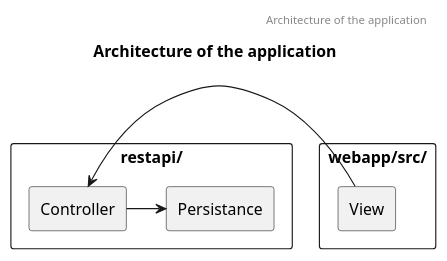
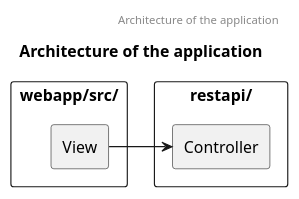
One commit to Arquisoft/lomap_en2b changed the diagram in docs/05_building_block_view.adoc. Above: the diagram before and after it, drawn with PlantUML. The commit also changed other lines of this file and 2 other files, not shown here.

```diff
--- a/docs/05_building_block_view.adoc
+++ b/docs/05_building_block_view.adoc
@@ -12,20 +12,18 @@
 [plantuml,"BuildingBlockView", png]
 ----
 @startuml
 
 header Architecture of the application
 title Architecture of the application
 
 rectangle webapp/src/ {
     agent "View"
 }
 
 rectangle restapi/ {
     agent "Controller"
-    agent "Persistance"
 }
 
-"Controller" -> "Persistance"
 "View" -> "Controller"
 @enduml
 ----
```
